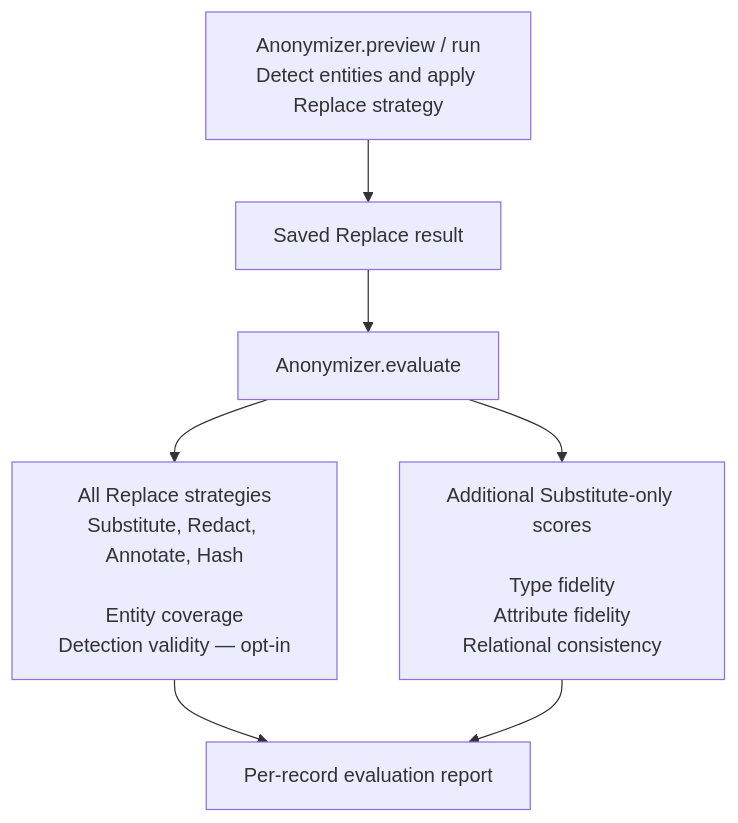
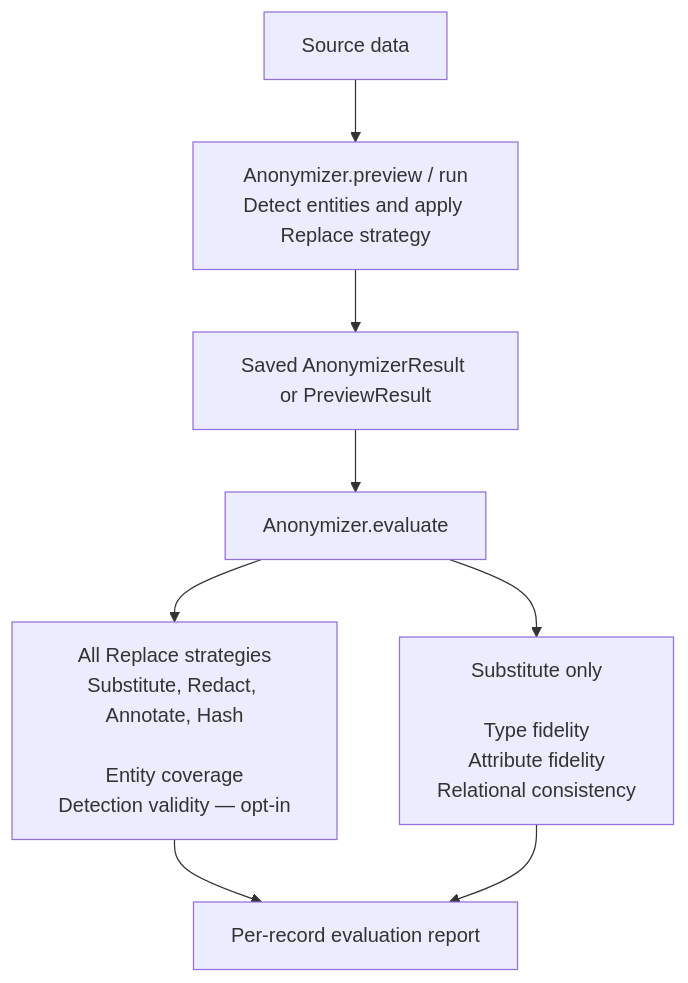
The diagram in docs/devnotes/posts/evaluation-anonymizer-replace.md (NVIDIA-NeMo/Anonymizer), drawn with Mermaid before and after one commit. The commit also changed other lines of this file, not shown here.

Commit message:
remove duplicate diagrams/flowcharts

````diff
--- a/docs/devnotes/posts/evaluation-anonymizer-replace.md
+++ b/docs/devnotes/posts/evaluation-anonymizer-replace.md
@@ -101,9 +89,10 @@
 ```mermaid
 flowchart TD
-    P[Anonymizer.preview / run\nDetect entities and apply Replace strategy] --> A
-    A[Saved Replace result] --> B[Anonymizer.evaluate]
-    B --> C[All Replace strategies\nSubstitute, Redact, Annotate, Hash\n\nEntity coverage\nDetection validity — opt-in]
-    B --> D[Additional Substitute-only scores\n\nType fidelity\nAttribute fidelity\nRelational consistency]
+    S[Source data] --> P[Anonymizer.preview / run\nDetect entities and apply Replace strategy]
+    P --> A[Saved AnonymizerResult or PreviewResult]
+    A --> E[Anonymizer.evaluate]
+    E --> C[All Replace strategies\nSubstitute, Redact, Annotate, Hash\n\nEntity coverage\nDetection validity — opt-in]
+    E --> D[Substitute only\n\nType fidelity\nAttribute fidelity\nRelational consistency]
     C --> R[Per-record evaluation report]
     D --> R
 ```
````
